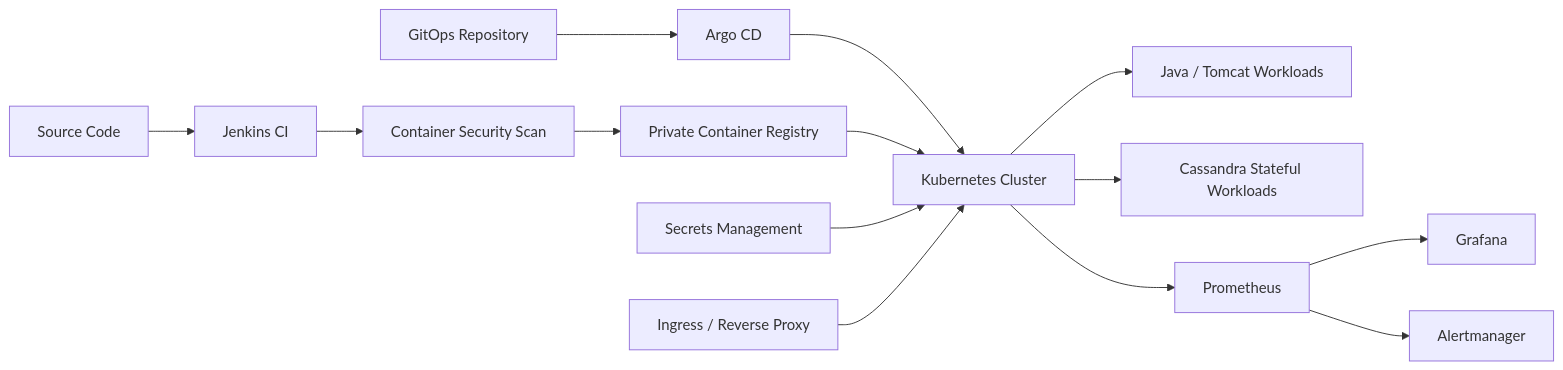
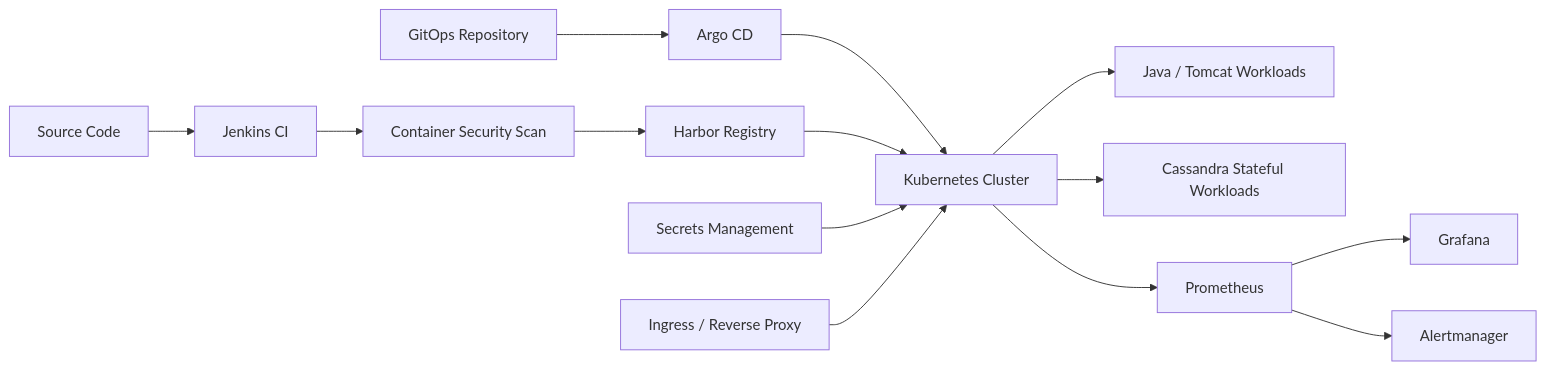
Before and after one commit to Mechida-Aymen/kubernetes-gitops-case-study: the diagram in README.md, drawn with Mermaid. The commit also changed other lines of this file, not shown here.

Commit message:
Document Harbor as the container registry

````diff
--- a/README.md
+++ b/README.md
@@ -42,22 +42,22 @@
 ```mermaid
 flowchart LR
     DEV[Source Code] --> CI[Jenkins CI]
     CI --> SCAN[Container Security Scan]
-    SCAN --> REG[Private Container Registry]
+    SCAN --> REG[Harbor Registry]
 
     GIT[GitOps Repository] --> ARGO[Argo CD]
     ARGO --> K8S[Kubernetes Cluster]
 
     REG --> K8S
 
     K8S --> WEB[Java / Tomcat Workloads]
     K8S --> DB[Cassandra Stateful Workloads]
 
     VAULT[Secrets Management] --> K8S
 
     K8S --> PROM[Prometheus]
     PROM --> GRAF[Grafana]
     PROM --> ALERT[Alertmanager]
 
     INGRESS[Ingress / Reverse Proxy] --> K8S
 ```
````
